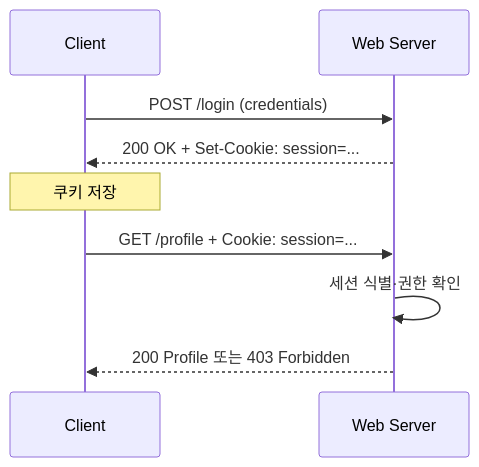
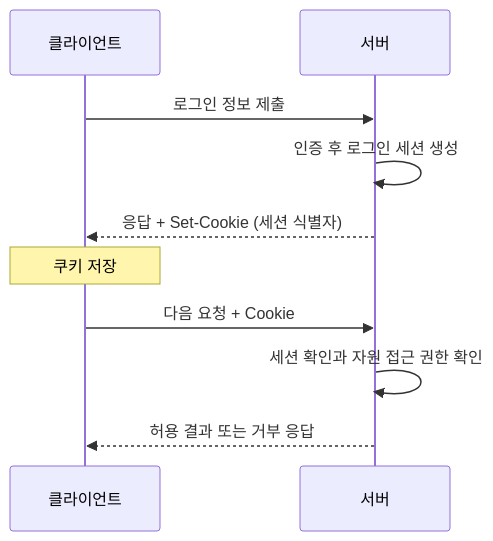
One commit to zxz3650/Python changed the diagram in 07-http-api/07-4-sessions-cookies-auth.md. Above: the diagram before and after it, drawn with Mermaid. The commit also changed other lines of this file and 10 other files, not shown here.

````diff
--- a/07-http-api/07-4-sessions-cookies-auth.md
+++ b/07-http-api/07-4-sessions-cookies-auth.md
@@ -5,11 +19,12 @@
 ```mermaid
 sequenceDiagram
-    participant C as Client
-    participant S as Web Server
-    C->>S: POST /login (credentials)
-    S-->>C: 200 OK + Set-Cookie: session=...
+    participant C as 클라이언트
+    participant S as 서버
+    C->>S: 로그인 정보 제출
+    S->>S: 인증 후 로그인 세션 생성
+    S-->>C: 응답 + Set-Cookie (세션 식별자)
     Note over C: 쿠키 저장
-    C->>S: GET /profile + Cookie: session=...
-    S->>S: 세션 식별·권한 확인
-    S-->>C: 200 Profile 또는 403 Forbidden
+    C->>S: 다음 요청 + Cookie
+    S->>S: 세션 확인과 자원 접근 권한 확인
+    S-->>C: 허용 결과 또는 거부 응답
 ```
````
